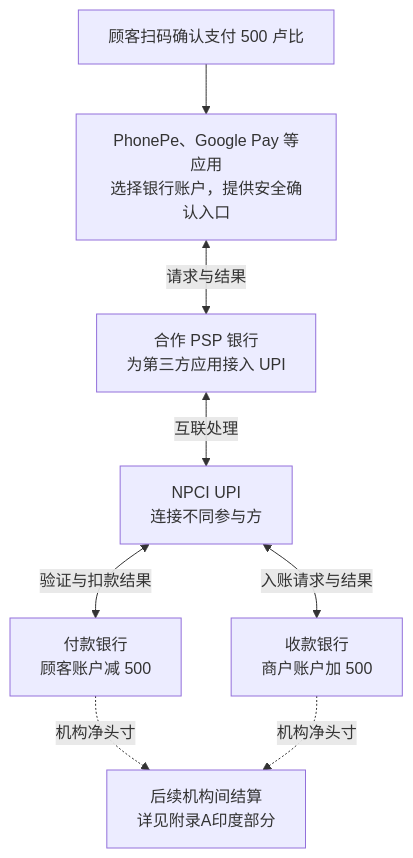
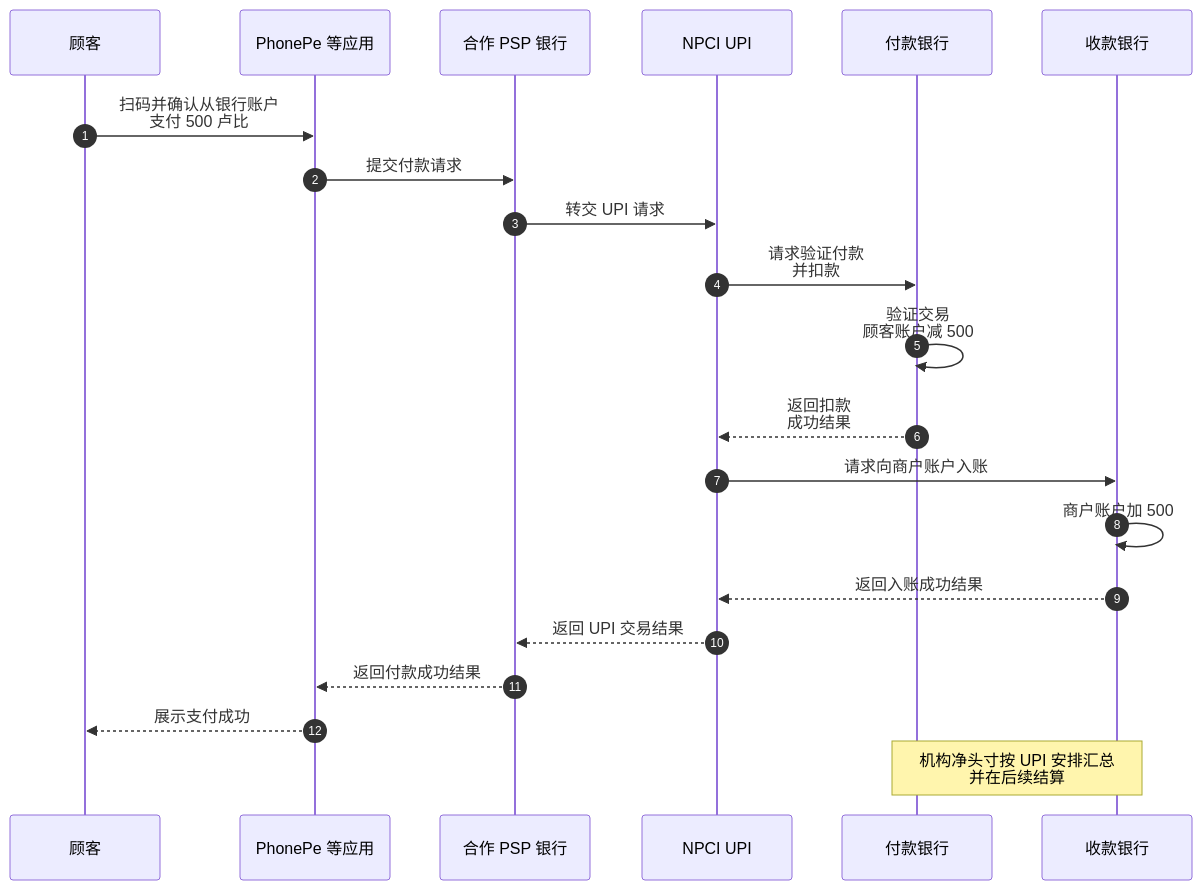
One commit to WCY-dt/blog changed diagram 23 of 28 in _posts/2026-09-05-交易模型.md. Above: the diagram before and after it, drawn with Mermaid. The commit also changed other lines of this file and 7 other files, not shown here.

````diff
--- a/_posts/2026-09-05-交易模型.md
+++ b/_posts/2026-09-05-交易模型.md
@@ -1518,10 +1490,24 @@
 ```mermaid
-flowchart TB
-    U["顾客扫码确认支付 500 卢比"] --> A["PhonePe、Google Pay 等应用<br/>选择银行账户，提供安全确认入口"]
-    A <-->|"请求与结果"| P["合作 PSP 银行<br/>为第三方应用接入 UPI"]
-    P <-->|"互联处理"| N["NPCI UPI<br/>连接不同参与方"]
-    N <-->|"验证与扣款结果"| B["付款银行<br/>顾客账户减 500"]
-    N <-->|"入账请求与结果"| R["收款银行<br/>商户账户加 500"]
-    B -. "机构净头寸" .-> S["后续机构间结算<br/>详见附录A印度部分"]
-    R -. "机构净头寸" .-> S
+sequenceDiagram
+    autonumber
+    participant U as 顾客
+    participant A as PhonePe 等应用
+    participant P as 合作 PSP 银行
+    participant N as NPCI UPI
+    participant B as 付款银行
+    participant R as 收款银行
+
+    U->>A: 扫码并确认从银行账户<br>支付 500 卢比
+    A->>P: 提交付款请求
+    P->>N: 转交 UPI 请求
+    N->>B: 请求验证付款<br>并扣款
+    B->>B: 验证交易<br/>顾客账户减 500
+    B-->>N: 返回扣款<br>成功结果
+    N->>R: 请求向商户账户入账
+    R->>R: 商户账户加 500
+    R-->>N: 返回入账成功结果
+    N-->>P: 返回 UPI 交易结果
+    P-->>A: 返回付款成功结果
+    A-->>U: 展示支付成功
+    Note over B,R: 机构净头寸按 UPI 安排汇总<br>并在后续结算
 ```
````
